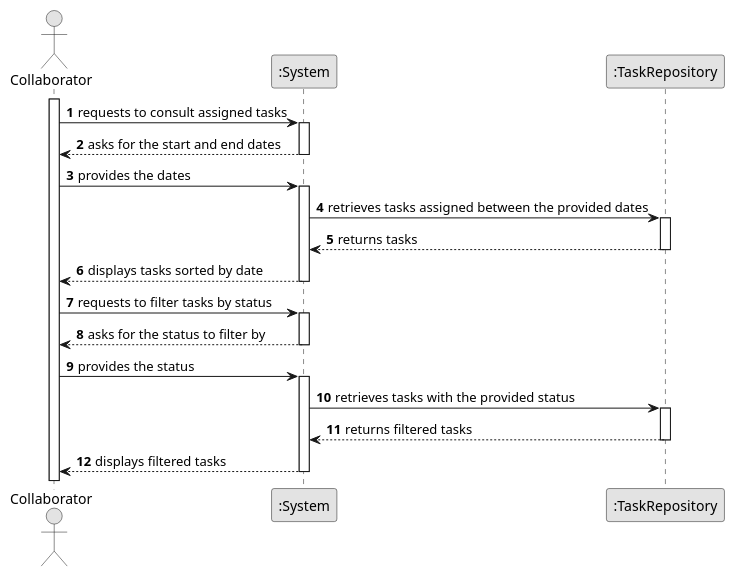
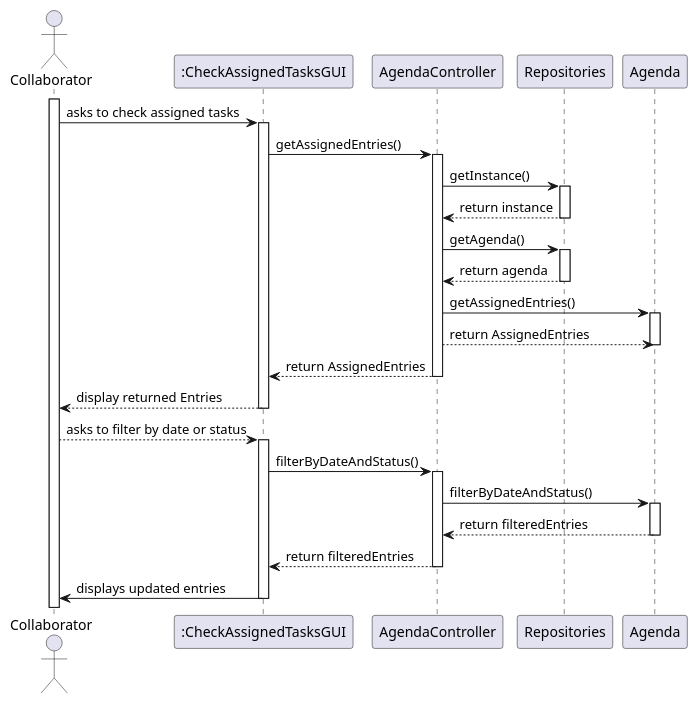
Before and after one commit to RicardoMorim/lapr2-ISEP-Project: the diagram in docs/sprintC/us028/03.design/puml/us028-sequence-diagram-full.puml, drawn with PlantUML. The commit also changed 6 other files, not shown here.

```diff
--- a/docs/sprintC/us028/03.design/puml/us028-sequence-diagram-full.puml
+++ b/docs/sprintC/us028/03.design/puml/us028-sequence-diagram-full.puml
@@ -1,50 +1,55 @@
 @startuml
-skinparam monochrome true
-skinparam packageStyle rectangle
-skinparam shadowing false
+actor Collaborator
+participant Collaborator
+participant ":CheckAssignedTasksGUI" as GUI
+participant AgendaController
+participant Repositories
+participant Agenda
 
-autonumber
+activate Collaborator
+Collaborator -> GUI: asks to check assigned tasks
 
-actor "Collaborator"
-participant ":System"
-participant ":TaskRepository"
+activate GUI
+GUI -> AgendaController: getAssignedEntries()
+activate AgendaController
 
-activate "Collaborator"
+AgendaController -> Repositories: getInstance()
+activate Repositories
+Repositories --> AgendaController: return instance
+deactivate Repositories
 
-"Collaborator" -> ":System" : requests to consult assigned tasks
-activate ":System"
+AgendaController -> Repositories: getAgenda()
+activate Repositories
+Repositories --> AgendaController: return agenda
+deactivate Repositories
 
-":System" --> "Collaborator" : asks for the start and end dates
-deactivate ":System"
+AgendaController -> Agenda: getAssignedEntries()
+activate Agenda
+Agenda <-- AgendaController: return AssignedEntries
+deactivate Agenda
 
-"Collaborator" -> ":System" : provides the dates
-activate ":System"
+AgendaController --> GUI: return AssignedEntries
+deactivate AgendaController
 
-":System" -> ":TaskRepository" : retrieves tasks assigned between the provided dates
-activate ":TaskRepository"
+GUI --> Collaborator: display returned Entries
+deactivate GUI
 
-":TaskRepository" --> ":System" : returns tasks
-deactivate ":TaskRepository"
+Collaborator --> GUI: asks to filter by date or status
+activate GUI
 
-":System" --> "Collaborator" : displays tasks sorted by date
-deactivate ":System"
+GUI -> AgendaController: filterByDateAndStatus()
+activate AgendaController
 
-"Collaborator" -> ":System" : requests to filter tasks by status
-activate ":System"
+AgendaController -> Agenda: filterByDateAndStatus()
+activate Agenda
 
-":System" --> "Collaborator" : asks for the status to filter by
-deactivate ":System"
+Agenda --> AgendaController: return filteredEntries
+deactivate Agenda
 
-"Collaborator" -> ":System" : provides the status
-activate ":System"
+AgendaController --> GUI: return filteredEntries
+deactivate AgendaController
 
-":System" -> ":TaskRepository" : retrieves tasks with the provided status
-activate ":TaskRepository"
-
-":TaskRepository" --> ":System" : returns filtered tasks
-deactivate ":TaskRepository"
-
-":System" --> "Collaborator" : displays filtered tasks
-deactivate ":System"
+GUI -> Collaborator: displays updated entries
+deactivate GUI
 
 @enduml
```
